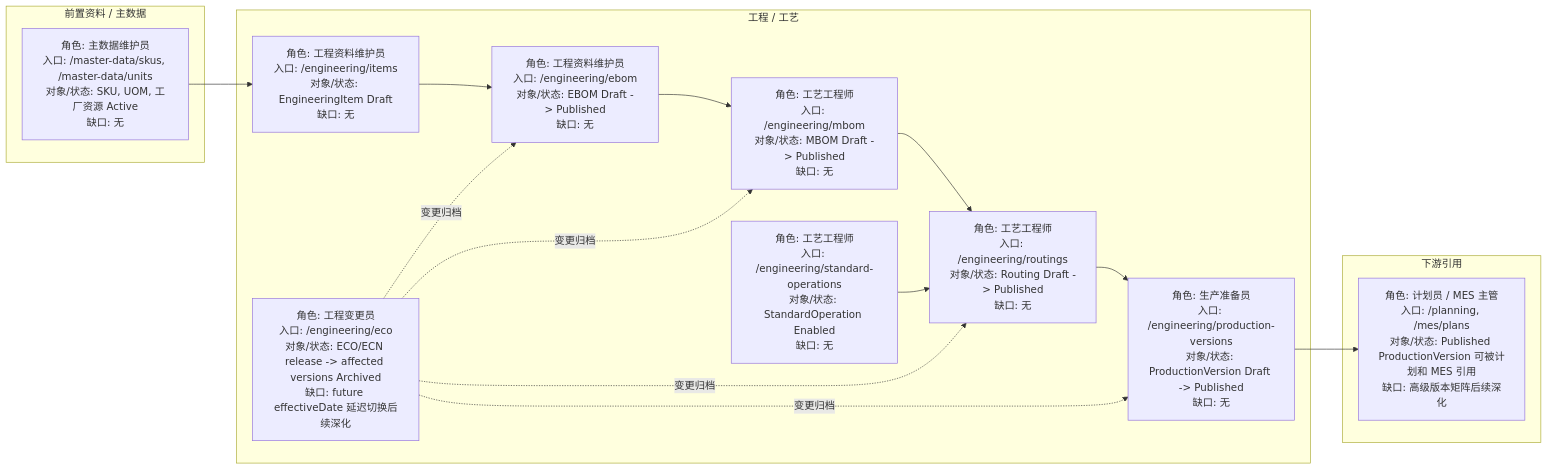
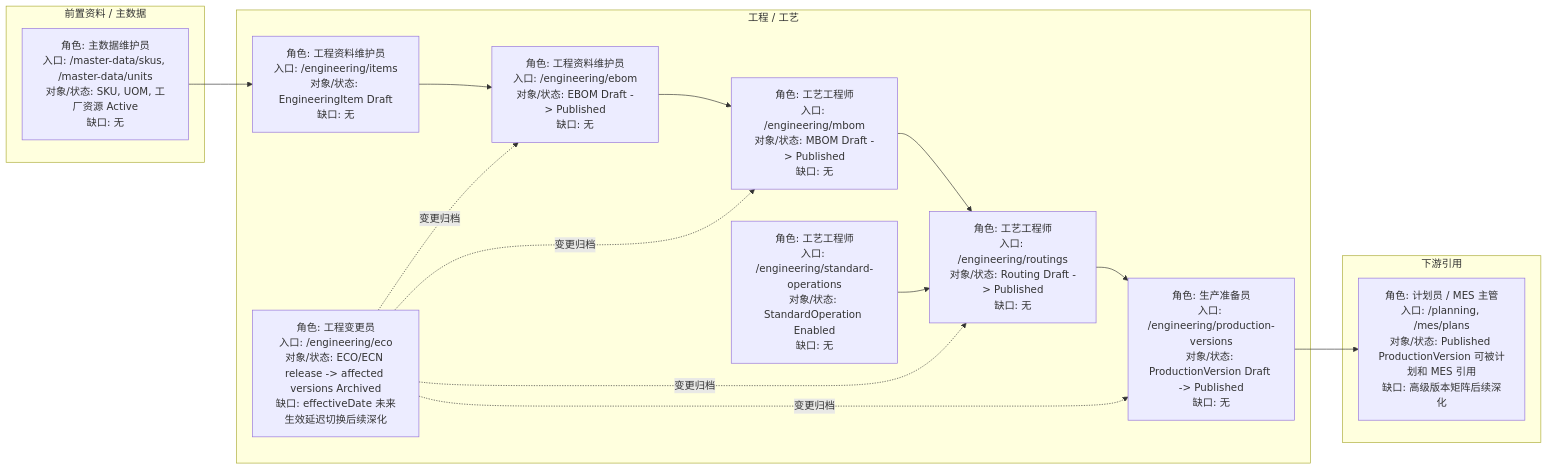
Before and after one commit to Mang-X/Nerv-IIP: the first of 6 diagrams in frontend/apps/docs/docs/processes/index.md, drawn with Mermaid. The commit also changed other lines of this file and 27 other files, not shown here.

````diff
--- a/frontend/apps/docs/docs/processes/index.md
+++ b/frontend/apps/docs/docs/processes/index.md
@@ -15,25 +15,25 @@
 ```mermaid
 flowchart LR
   subgraph Master["前置资料 / 主数据"]
     M1["角色: 主数据维护员<br/>入口: /master-data/skus, /master-data/units<br/>对象/状态: SKU, UOM, 工厂资源 Active<br/>缺口: 无"]
   end
   subgraph Engineering["工程 / 工艺"]
     E1["角色: 工程资料维护员<br/>入口: /engineering/items<br/>对象/状态: EngineeringItem Draft<br/>缺口: 无"]
     E2["角色: 工程资料维护员<br/>入口: /engineering/ebom<br/>对象/状态: EBOM Draft -> Published<br/>缺口: 无"]
     E3["角色: 工艺工程师<br/>入口: /engineering/mbom<br/>对象/状态: MBOM Draft -> Published<br/>缺口: 无"]
     E4["角色: 工艺工程师<br/>入口: /engineering/standard-operations<br/>对象/状态: StandardOperation Enabled<br/>缺口: 无"]
     E5["角色: 工艺工程师<br/>入口: /engineering/routings<br/>对象/状态: Routing Draft -> Published<br/>缺口: 无"]
     E6["角色: 生产准备员<br/>入口: /engineering/production-versions<br/>对象/状态: ProductionVersion Draft -> Published<br/>缺口: 无"]
-    E7["角色: 工程变更员<br/>入口: /engineering/eco<br/>对象/状态: ECO/ECN release -> affected versions Archived<br/>缺口: future effectiveDate 延迟切换后续深化"]
+    E7["角色: 工程变更员<br/>入口: /engineering/eco<br/>对象/状态: ECO/ECN release -> affected versions Archived<br/>缺口: effectiveDate 未来生效延迟切换后续深化"]
   end
   subgraph Downstream["下游引用"]
     D1["角色: 计划员 / MES 主管<br/>入口: /planning, /mes/plans<br/>对象/状态: Published ProductionVersion 可被计划和 MES 引用<br/>缺口: 高级版本矩阵后续深化"]
   end
 
   M1 --> E1 --> E2 --> E3 --> E5 --> E6 --> D1
   E4 --> E5
   E7 -.变更归档.-> E2
   E7 -.变更归档.-> E3
   E7 -.变更归档.-> E5
   E7 -.变更归档.-> E6
 ```
````
